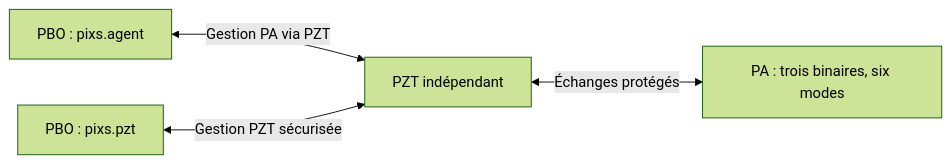
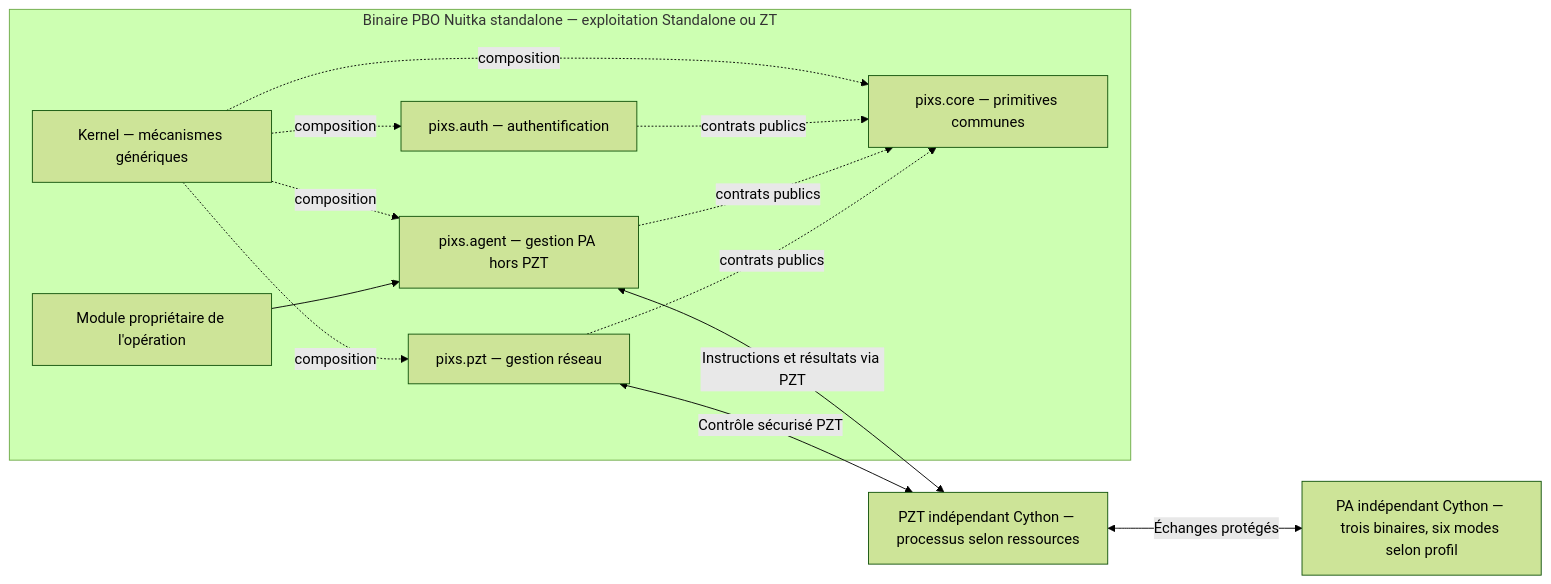
Before and after one commit to AzenorPixs/pixs: the diagram in openspec/specs/pixs-agent/spec.md, drawn with Mermaid (forest theme). The commit also changed other lines of this file and 113 other files, not shown here.

````diff
--- a/openspec/specs/pixs-agent/spec.md
+++ b/openspec/specs/pixs-agent/spec.md
@@ -12,6 +12,22 @@
 ```mermaid
 flowchart LR
-    A["PBO : pixs.agent"] <-->|"Gestion PA via PZT"| T["PZT indépendant"]
-    Z["PBO : pixs.pzt"] <-->|"Gestion PZT sécurisée"| T
-    T <-->|"Échanges protégés"| P["PA : trois binaires, six modes"]
+    subgraph B["Binaire PBO Nuitka standalone — exploitation Standalone ou ZT"]
+        K["Kernel — mécanismes génériques"]
+        C["pixs.core — primitives communes"]
+        U["pixs.auth — authentification"]
+        M["Module propriétaire de l'opération"]
+        A["pixs.agent — gestion PA hors PZT"]
+        Z["pixs.pzt — gestion réseau"]
+        K -. "composition" .-> C
+        K -. "composition" .-> U
+        K -. "composition" .-> A
+        K -. "composition" .-> Z
+        U -. "contrats publics" .-> C
+        A -. "contrats publics" .-> C
+        Z -. "contrats publics" .-> C
+        M --> A
+    end
+    A <-->|"Instructions et résultats via PZT"| T["PZT indépendant Cython — processus selon ressources"]
+    Z <-->|"Contrôle sécurisé PZT"| T
+    T <-->|"Échanges protégés"| P["PA indépendant Cython — trois binaires, six modes selon profil"]
 ```
````
